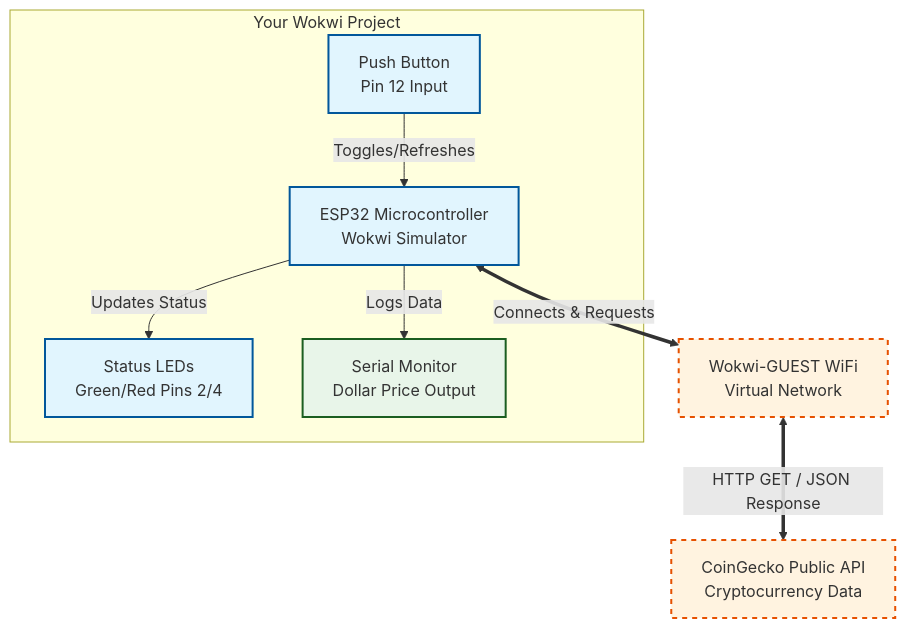
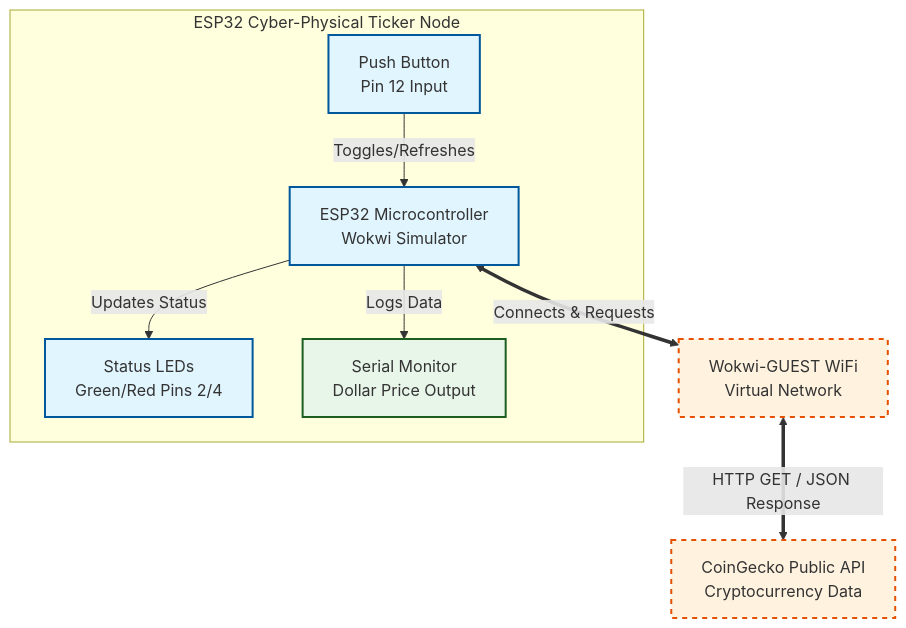
The diagram in README.md (etgarcia02/ENGR4399-ESP32-WiFi-Assignment), drawn with Mermaid before and after one commit.

Commit message:
Rename subgraph to 'ESP32 Cyber-Physical Ticker Node'

````diff
--- a/README.md
+++ b/README.md
@@ -21,23 +21,23 @@
 ```mermaid
 graph TD
     classDef hardware fill:#e1f5fe,stroke:#01579b,stroke-width:2px;
     classDef software fill:#e8f5e9,stroke:#1b5e20,stroke-width:2px;
     classDef network fill:#fff3e0,stroke:#e65100,stroke-width:2px,stroke-dasharray: 5 5;
 
-    subgraph "Your Wokwi Project"
+    subgraph "ESP32 Cyber-Physical Ticker Node"
         ESP32[ESP32 Microcontroller<br/>Wokwi Simulator]:::hardware
         Button[Push Button<br/>Pin 12 Input]:::hardware
         LEDs[Status LEDs<br/>Green/Red Pins 2/4]:::hardware
         Serial[Serial Monitor<br/>Dollar Price Output]:::software
 
         Button -- "Toggles/Refreshes" --> ESP32
         ESP32 -- "Updates Status" --> LEDs
         ESP32 -- "Logs Data" --> Serial
     end
 
     WiFi[Wokwi-GUEST WiFi<br/>Virtual Network]:::network
     API[CoinGecko Public API<br/>Cryptocurrency Data]:::network
 
     ESP32 <== "Connects & Requests" ==> WiFi
     WiFi <== "HTTP GET / JSON Response" ==> API
 ```
````
